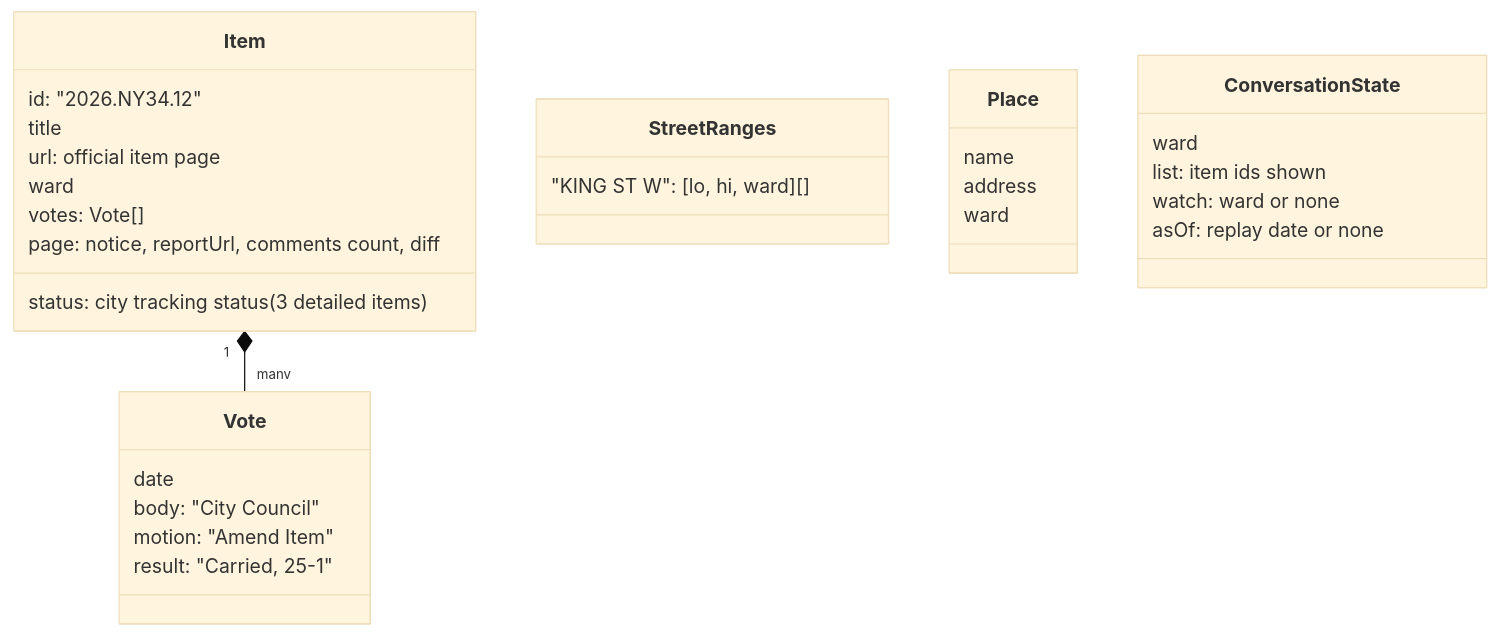
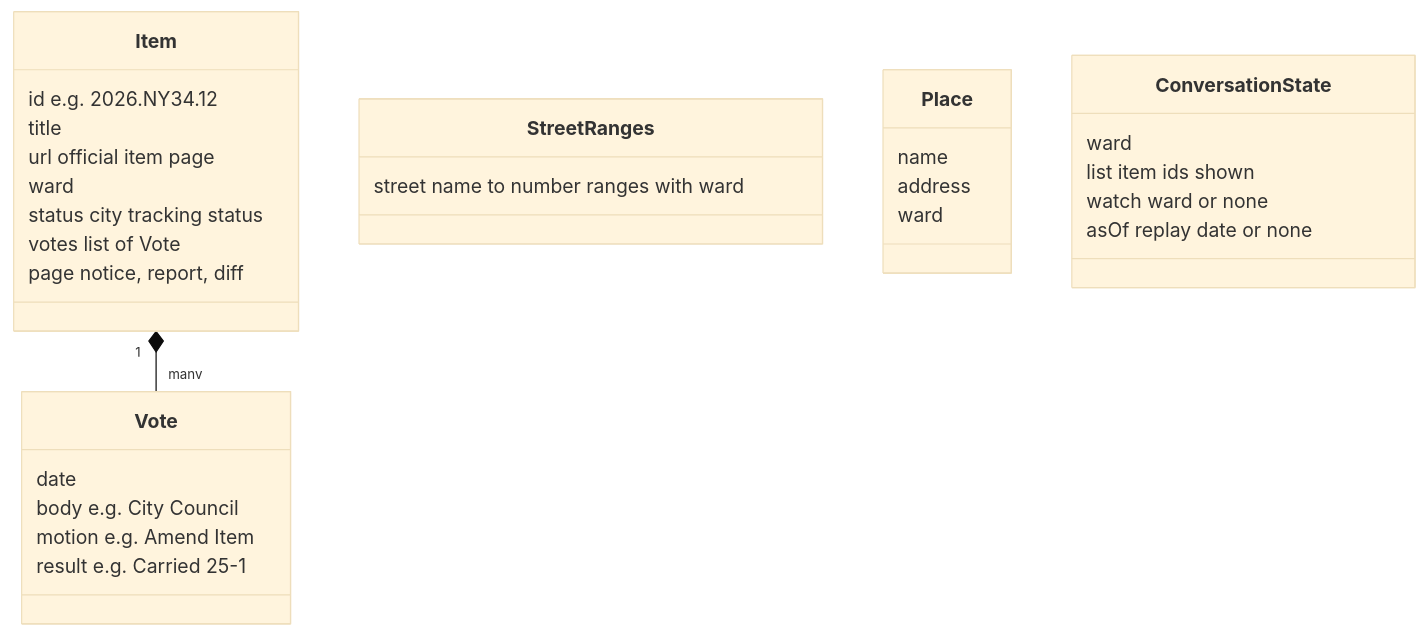
One commit to ripasso/civichacks changed the fourth of 4 diagrams in docs/design.md. Above: the diagram before and after it, drawn with Mermaid (base theme). The commit also changed other lines of this file, not shown here.

Commit message:
Make the UML diagrams render cleanly on GitHub
Plain-text class members (quotes and brackets can break Mermaid's
class diagram parser) and shorter state labels that no longer
overlap. All four diagrams checked with mermaid-cli.

````diff
--- a/docs/design.md
+++ b/docs/design.md
@@ -109,33 +109,33 @@
 ```mermaid
 classDiagram
   class Item {
-    id: "2026.NY34.12"
+    id e.g. 2026.NY34.12
     title
-    url: official item page
+    url official item page
     ward
-    status: city tracking status (3 detailed items)
-    votes: Vote[]
-    page: notice, reportUrl, comments count, diff
+    status city tracking status
+    votes list of Vote
+    page notice, report, diff
   }
   class Vote {
     date
-    body: "City Council"
-    motion: "Amend Item"
-    result: "Carried, 25-1"
+    body e.g. City Council
+    motion e.g. Amend Item
+    result e.g. Carried 25-1
   }
   class StreetRanges {
-    "KING ST W": [lo, hi, ward][]
+    street name to number ranges with ward
   }
   class Place {
     name
     address
     ward
   }
   class ConversationState {
     ward
-    list: item ids shown
-    watch: ward or none
-    asOf: replay date or none
+    list item ids shown
+    watch ward or none
+    asOf replay date or none
   }
   Item "1" *-- "many" Vote
 ```
````
